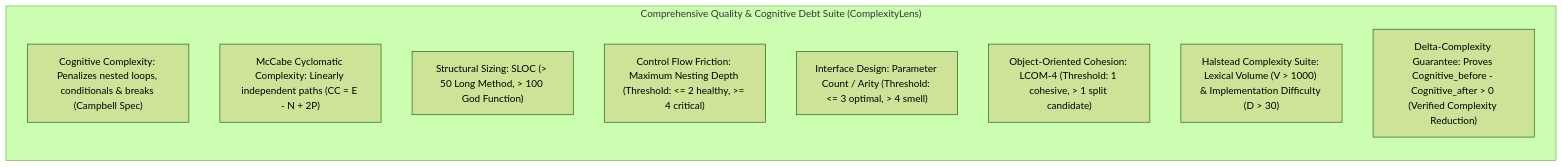
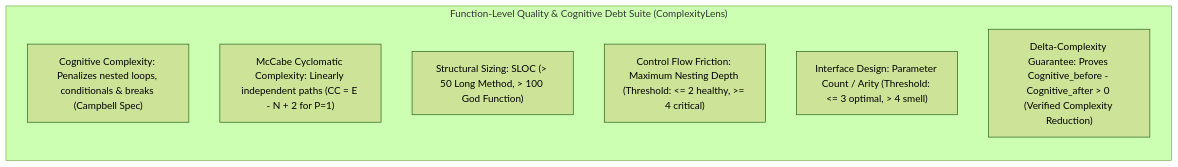
Before and after one commit to Fool-Penguin/Senior-Project: the first of 4 diagrams in 01_project_proposals/02_Competitor_Analysis_And_Datasets_Report.md, drawn with Mermaid (forest theme). The commit also changed other lines of this file and 1 other file, not shown here.

Commit message:
docs: drop LCOM-4 and Halstead metrics, keep project strictly function-level

````diff
--- a/01_project_proposals/02_Competitor_Analysis_And_Datasets_Report.md
+++ b/01_project_proposals/02_Competitor_Analysis_And_Datasets_Report.md
@@ -35,14 +35,12 @@
 ```mermaid
 flowchart TD
-    subgraph QualityMetrics ["Comprehensive Quality & Cognitive Debt Suite (ComplexityLens)"]
+    subgraph QualityMetrics ["Function-Level Quality & Cognitive Debt Suite (ComplexityLens)"]
         direction TB
         M1["Cognitive Complexity: Penalizes nested loops, conditionals & breaks (Campbell Spec)"]
-        M2["McCabe Cyclomatic Complexity: Linearly independent paths (CC = E - N + 2P)"]
+        M2["McCabe Cyclomatic Complexity: Linearly independent paths (CC = E - N + 2 for P=1)"]
         M3["Structural Sizing: SLOC (> 50 Long Method, > 100 God Function)"]
         M4["Control Flow Friction: Maximum Nesting Depth (Threshold: <= 2 healthy, >= 4 critical)"]
         M5["Interface Design: Parameter Count / Arity (Threshold: <= 3 optimal, > 4 smell)"]
-        M6["Object-Oriented Cohesion: LCOM-4 (Threshold: 1 cohesive, > 1 split candidate)"]
-        M7["Halstead Complexity Suite: Lexical Volume (V > 1000) & Implementation Difficulty (D > 30)"]
-        M8["Delta-Complexity Guarantee: Proves Cognitive_before - Cognitive_after > 0 (Verified Complexity Reduction)"]
+        M6["Delta-Complexity Guarantee: Proves Cognitive_before - Cognitive_after > 0 (Verified Complexity Reduction)"]
     end
 ```
````
